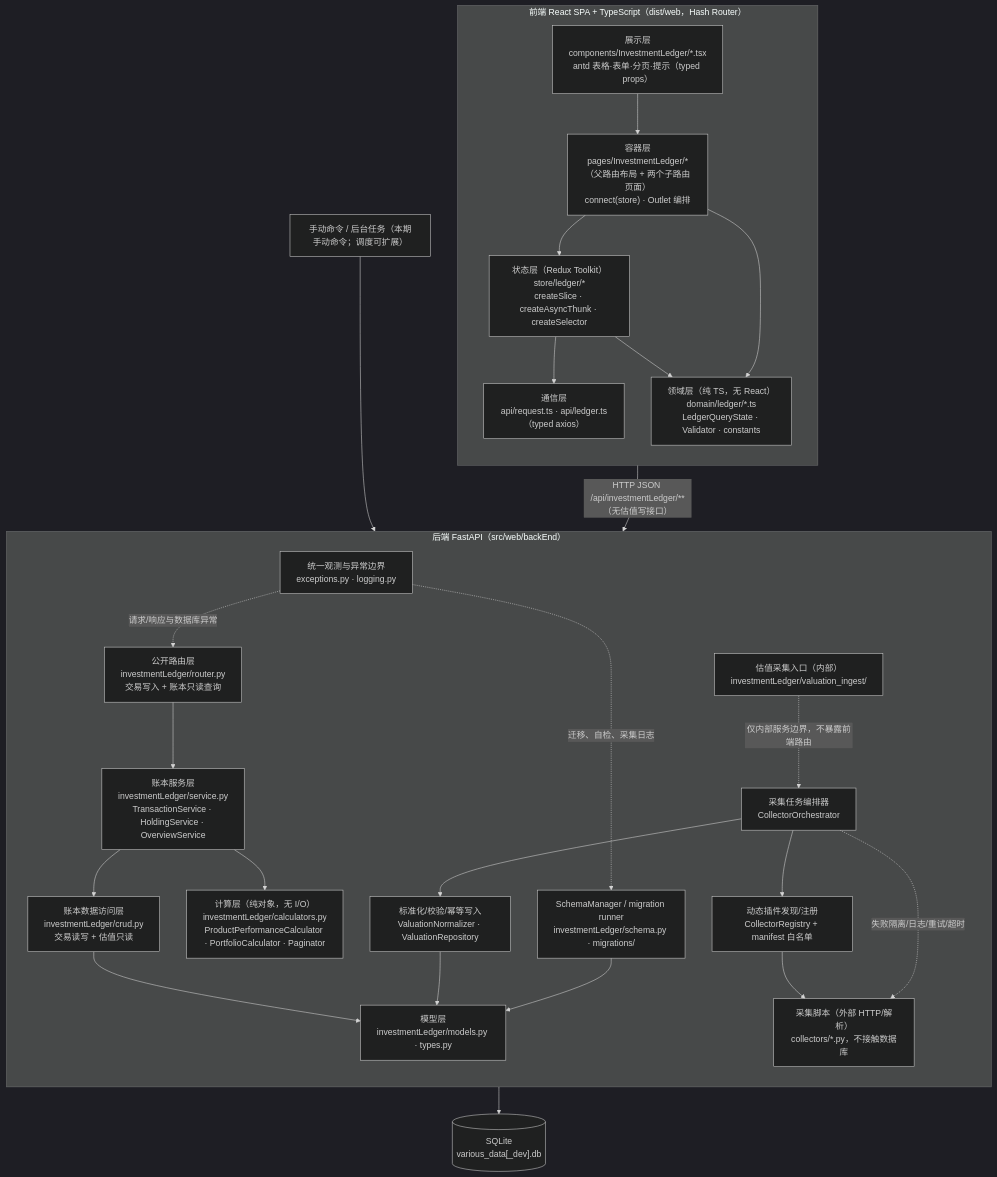
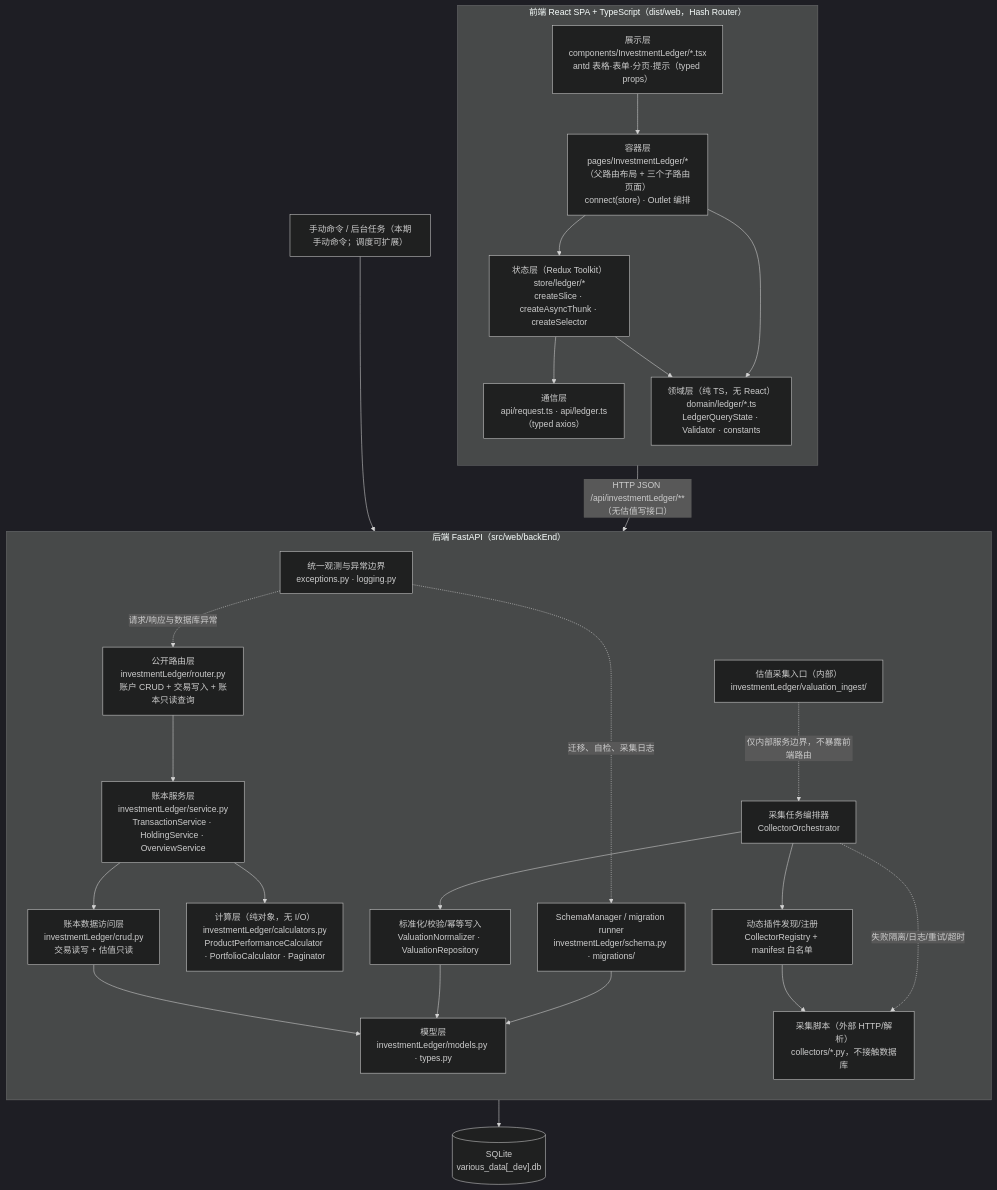
The first of 12 diagrams in .kiro/specs/investment-trade-ledger/design.md (kampfer/various-data), drawn with Mermaid (dark theme) before and after one commit. The commit also changed other lines of this file and 54 other files, not shown here.

````diff
--- a/.kiro/specs/investment-trade-ledger/design.md
+++ b/.kiro/specs/investment-trade-ledger/design.md
@@ -72,43 +138,43 @@
 ```mermaid
 flowchart TB
   subgraph FE["前端 React SPA + TypeScript（dist/web，Hash Router）"]
     direction TB
     FE1["展示层<br/>components/InvestmentLedger/*.tsx<br/>antd 表格·表单·分页·提示（typed props）"]
-    FE2["容器层<br/>pages/InvestmentLedger/*（父路由布局 + 两个子路由页面）<br/>connect(store) · Outlet 编排"]
+    FE2["容器层<br/>pages/InvestmentLedger/*（父路由布局 + 三个子路由页面）<br/>connect(store) · Outlet 编排"]
     FE3["状态层（Redux Toolkit）<br/>store/ledger/*<br/>createSlice · createAsyncThunk · createSelector"]
     FE4["领域层（纯 TS，无 React）<br/>domain/ledger/*.ts<br/>LedgerQueryState · Validator · constants"]
     FE5["通信层<br/>api/request.ts · api/ledger.ts（typed axios）"]
     FE1 --> FE2 --> FE3 --> FE5
     FE2 --> FE4
     FE3 --> FE4
   end
 
   subgraph BE["后端 FastAPI（src/web/backEnd）"]
     direction TB
-    BE1["公开路由层<br/>investmentLedger/router.py<br/>交易写入 + 账本只读查询"]
+    BE1["公开路由层<br/>investmentLedger/router.py<br/>账户 CRUD + 交易写入 + 账本只读查询"]
     BE2["账本服务层<br/>investmentLedger/service.py<br/>TransactionService · HoldingService · OverviewService"]
     BE3["计算层（纯对象，无 I/O）<br/>investmentLedger/calculators.py<br/>ProductPerformanceCalculator · PortfolioCalculator · Paginator"]
     BE4["账本数据访问层<br/>investmentLedger/crud.py<br/>交易读写 + 估值只读"]
     BE5["估值采集入口（内部）<br/>investmentLedger/valuation_ingest/"]
     BE6["采集任务编排器<br/>CollectorOrchestrator"]
     BE7["动态插件发现/注册<br/>CollectorRegistry + manifest 白名单"]
     BE8["标准化/校验/幂等写入<br/>ValuationNormalizer · ValuationRepository"]
     BE9["采集脚本（外部 HTTP/解析）<br/>collectors/*.py，不接触数据库"]
     BE10["模型层<br/>investmentLedger/models.py · types.py"]
     BE11["SchemaManager / migration runner<br/>investmentLedger/schema.py · migrations/"]
     BE12["统一观测与异常边界<br/>exceptions.py · logging.py"]
     BE1 --> BE2 --> BE4 --> BE10
     BE2 --> BE3
     BE6 --> BE7 --> BE9
     BE6 --> BE8 --> BE10
     BE6 -."失败隔离/日志/重试/超时".-> BE9
     BE11 --> BE10
     BE12 -."请求/响应与数据库异常".-> BE1
     BE12 -."迁移、自检、采集日志".-> BE11
   end
 
   FE5 -- "HTTP JSON /api/investmentLedger/**（无估值写接口）" --> BE1
   OPS["手动命令 / 后台任务（本期手动命令；调度可扩展）"] --> BE6
   BE5 -."仅内部服务边界，不暴露前端路由".-> BE6
   BE10 --> DB[("SQLite<br/>various_data[_dev].db")]
 ```
````
